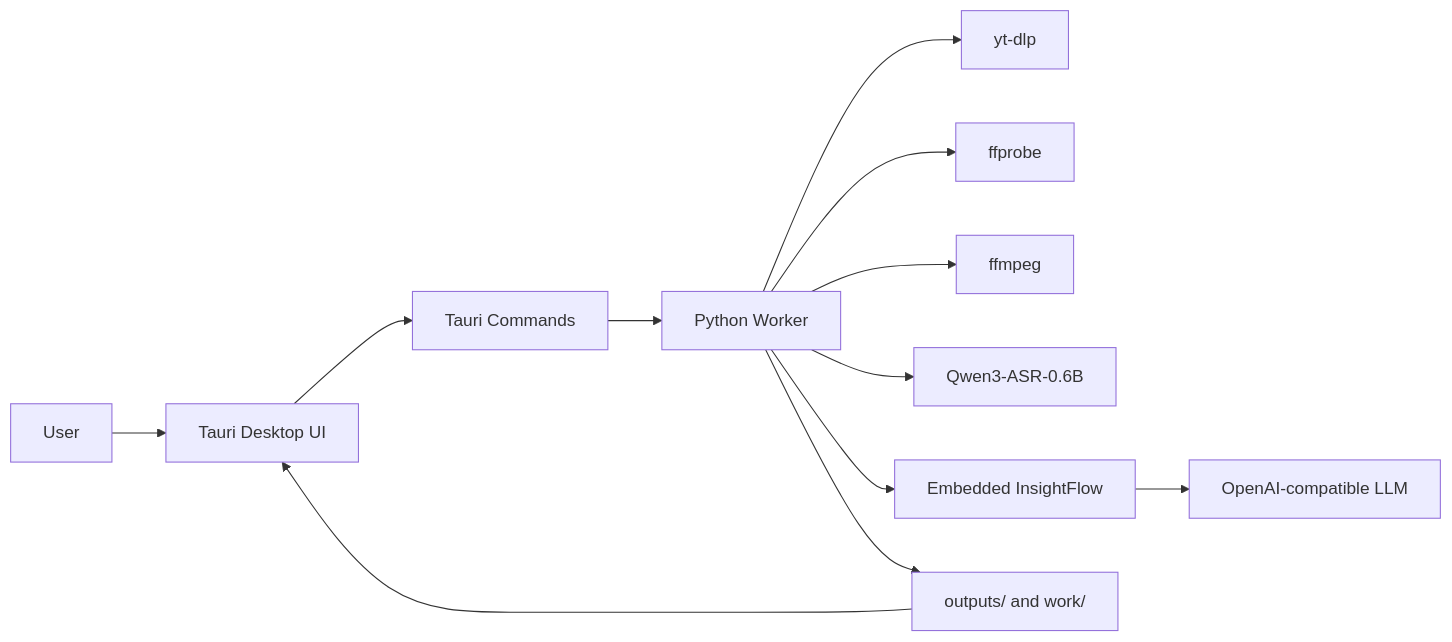
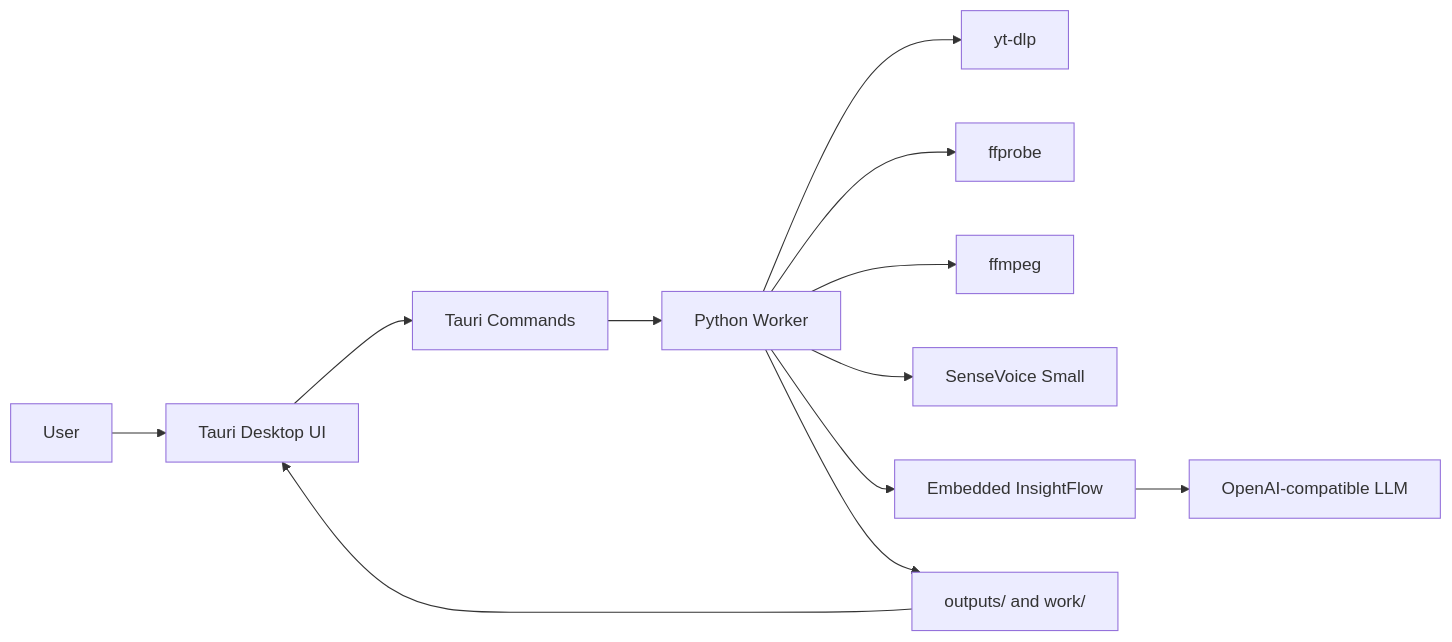
Before and after one commit to jiabai/FrameQ: the diagram in README.md, drawn with Mermaid. The commit also changed other lines of this file and 32 other files, not shown here.

````diff
--- a/README.md
+++ b/README.md
@@ -44,14 +45,14 @@
 ```mermaid
 flowchart LR
   User["User"] --> App["Tauri Desktop UI"]
   App --> Command["Tauri Commands"]
   Command --> Worker["Python Worker"]
   Worker --> Downloader["yt-dlp"]
   Worker --> Probe["ffprobe"]
   Worker --> Audio["ffmpeg"]
-  Worker --> ASR["Qwen3-ASR-0.6B"]
+  Worker --> ASR["SenseVoice Small"]
   Worker --> Insight["Embedded InsightFlow"]
   Insight --> LLM["OpenAI-compatible LLM"]
   Worker --> Files["outputs/ and work/"]
   Files --> App
 ```
````
